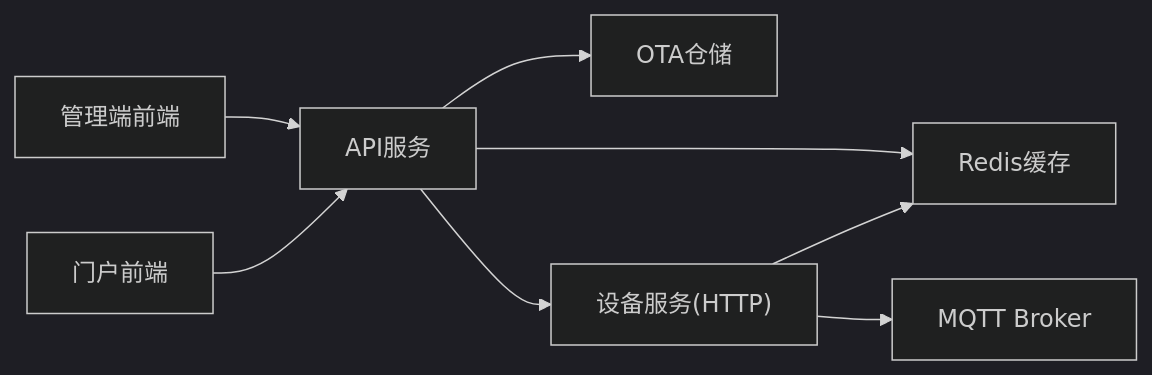
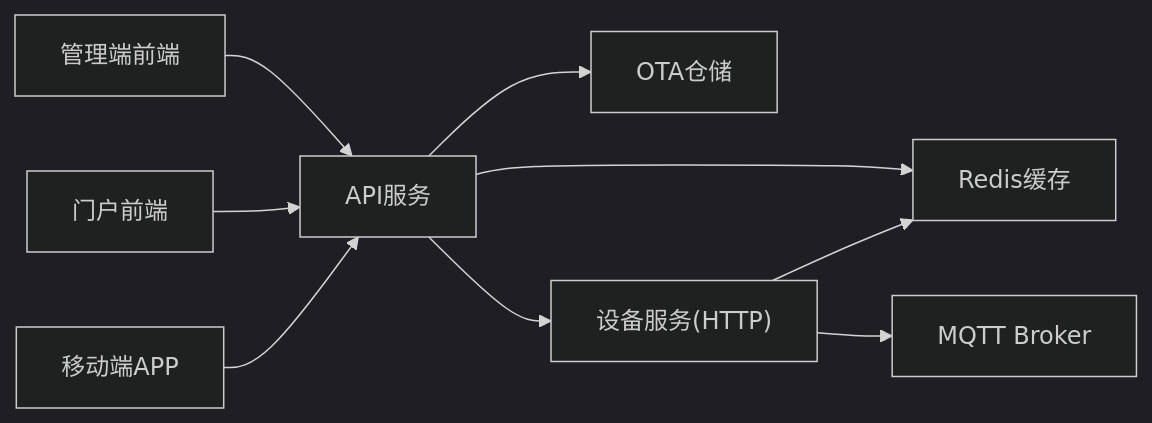
Before and after one commit to mcmrzy/cs_inv_monitor-develop: the eighth of 8 diagrams in .qoder/repowiki/zh/content/OTA升级系统/OTA任务调度/OTA进度跟踪.md, drawn with Mermaid (dark theme). The commit also changed other lines of this file and 128 other files, not shown here.

````diff
--- a/.qoder/repowiki/zh/content/OTA升级系统/OTA任务调度/OTA进度跟踪.md
+++ b/.qoder/repowiki/zh/content/OTA升级系统/OTA任务调度/OTA进度跟踪.md
@@ -320,10 +403,11 @@
 ```mermaid
 graph LR
 API["API服务"] --> Repo["OTA仓储"]
 API --> RDB["Redis缓存"]
 API --> DevSvc["设备服务(HTTP)"]
 DevSvc --> MQ["MQTT Broker"]
 DevSvc --> RDB
 FE_Admin["管理端前端"] --> API
 FE_Portal["门户前端"] --> API
+MobileApp["移动端APP"] --> API
 ```
````
